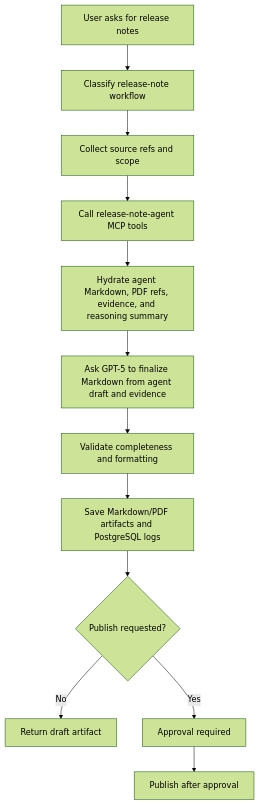
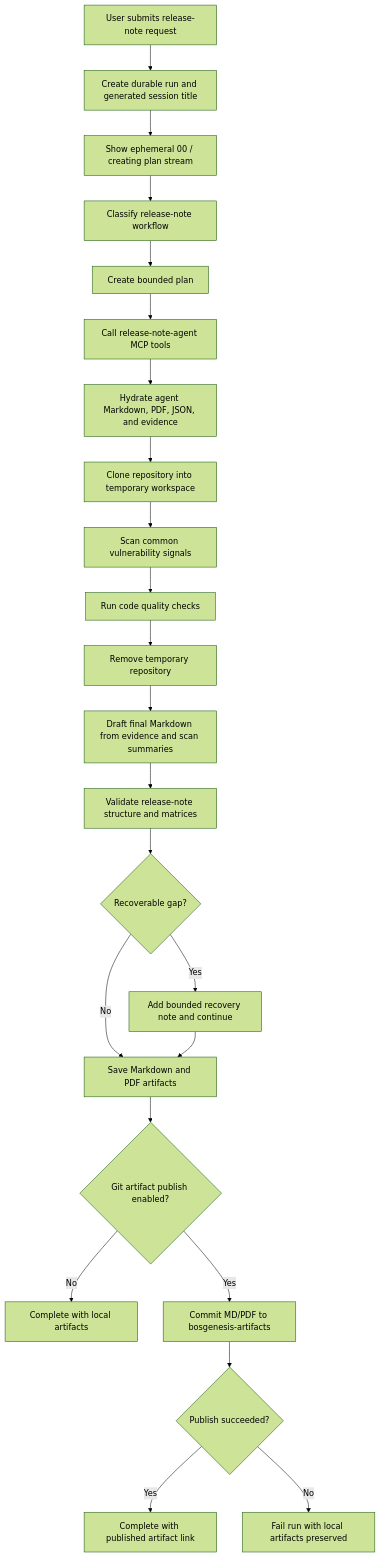
One commit to aveeshek/bosgenesis-esda changed the sixth of 15 diagrams in knowledge-base/bosgenesis_esda_chatbot_lld.md. Above: the diagram before and after it, drawn with Mermaid (forest theme). The commit also changed other lines of this file and 15 other files, not shown here.

Commit message:
Add activity timeline artifact review flow

````diff
--- a/knowledge-base/bosgenesis_esda_chatbot_lld.md
+++ b/knowledge-base/bosgenesis_esda_chatbot_lld.md
@@ -1794,14 +1826,25 @@
 ```mermaid
 flowchart TD
-    A[User asks for release notes] --> B[Classify release-note workflow]
-    B --> C[Collect source refs and scope]
-    C --> D[Call release-note-agent MCP tools]
-    D --> E[Hydrate agent Markdown, PDF refs, evidence, and reasoning summary]
-    E --> F[Ask GPT-5 to finalize Markdown from agent draft and evidence]
-    F --> G[Validate completeness and formatting]
-    G --> H[Save Markdown/PDF artifacts and PostgreSQL logs]
-    H --> I{Publish requested?}
-    I -->|No| J[Return draft artifact]
-    I -->|Yes| K[Approval required]
-    K --> L[Publish after approval]
+    A[User submits release-note request] --> B[Create durable run and generated session title]
+    B --> C[Show ephemeral 00 / creating plan stream]
+    C --> D[Classify release-note workflow]
+    D --> E[Create bounded plan]
+    E --> F[Call release-note-agent MCP tools]
+    F --> G[Hydrate agent Markdown, PDF, JSON, and evidence]
+    G --> H[Clone repository into temporary workspace]
+    H --> I[Scan common vulnerability signals]
+    I --> J[Run code quality checks]
+    J --> K[Remove temporary repository]
+    K --> L[Draft final Markdown from evidence and scan summaries]
+    L --> M[Validate release-note structure and matrices]
+    M --> N{Recoverable gap?}
+    N -->|Yes| O[Add bounded recovery note and continue]
+    N -->|No| P[Save Markdown and PDF artifacts]
+    O --> P
+    P --> Q{Git artifact publish enabled?}
+    Q -->|No| R[Complete with local artifacts]
+    Q -->|Yes| S[Commit MD/PDF to bosgenesis-artifacts]
+    S --> T{Publish succeeded?}
+    T -->|Yes| U[Complete with published artifact link]
+    T -->|No| V[Fail run with local artifacts preserved]
 ```
````
